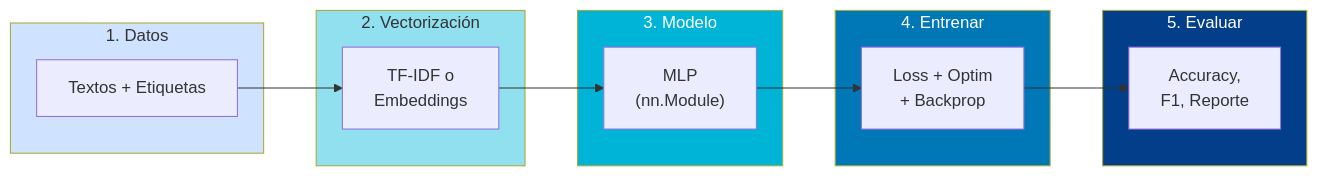
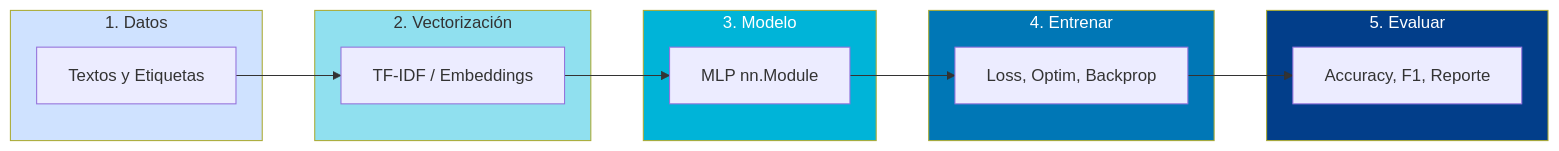
Before and after one commit to fjsuarez/ucb-nlp: the diagram in slides/semana05/s2_mlp_clasificacion.qmd, drawn with Mermaid. The commit also changed 1 other file, not shown here.

Commit message:
Fix mermaid diagram in S2: remove br/+ causing markdown list errors

````diff
--- a/slides/semana05/s2_mlp_clasificacion.qmd
+++ b/slides/semana05/s2_mlp_clasificacion.qmd
@@ -304,31 +304,31 @@
 ```{mermaid}
 %%| fig-width: 9
 flowchart LR
     subgraph Datos ["1. Datos"]
-        T["Textos + Etiquetas"]
+        T["Textos y Etiquetas"]
     end
     
     subgraph Vectorizar ["2. Vectorización"]
-        E["TF-IDF o<br>Embeddings"]
+        E["TF-IDF / Embeddings"]
     end
     
     subgraph Modelo ["3. Modelo"]
-        M["MLP<br>(nn.Module)"]
+        M["MLP nn.Module"]
     end
     
     subgraph Entrenar ["4. Entrenar"]
-        L["Loss + Optim<br>+ Backprop"]
+        L["Loss, Optim, Backprop"]
     end
     
     subgraph Evaluar ["5. Evaluar"]
-        R["Accuracy,<br>F1, Reporte"]
+        R["Accuracy, F1, Reporte"]
     end
     
     T --> E --> M --> L --> R
     
     style Datos fill:#cfe2ff
     style Vectorizar fill:#90e0ef
     style Modelo fill:#00b4d8,color:#fff
     style Entrenar fill:#0077b6,color:#fff
     style Evaluar fill:#023e8a,color:#fff
 ```
````
